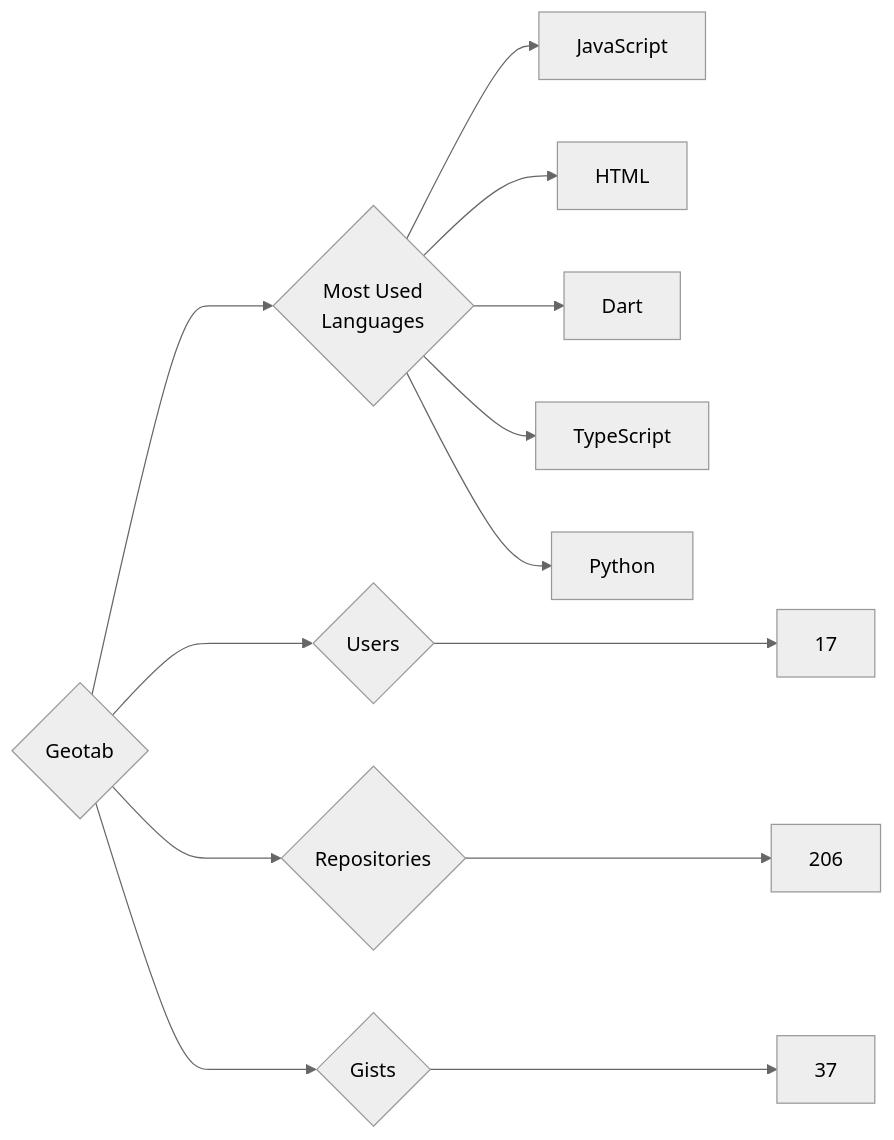
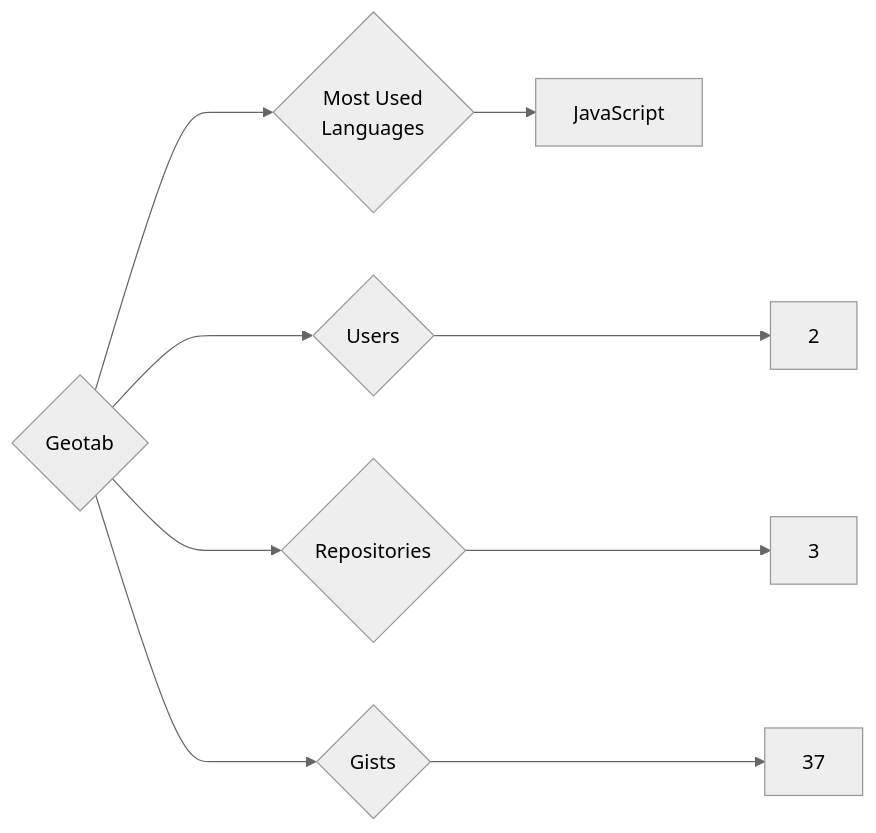
One commit to trickest/insiders changed the diagram in targets/Geotab/README.md. Above: the diagram before and after it, drawn with Mermaid (neutral theme). The commit also changed 569 other files, not shown here.

````diff
--- a/targets/Geotab/README.md
+++ b/targets/Geotab/README.md
@@ -3,13 +3,9 @@
 ```mermaid
 graph LR
 COMPANY_NAME{Geotab}
-COMPANY_NAME ---> U{Users} ---> UN[17]
-COMPANY_NAME ---> R{Repositories} ---> RN[206]
+COMPANY_NAME ---> U{Users} ---> UN[2]
+COMPANY_NAME ---> R{Repositories} ---> RN[3]
 COMPANY_NAME ---> G{Gists} ---> GN[37]
 COMPANY_NAME ---> ML{Most Used<br>Languages}
 ML --> JavaScript[JavaScript]
-ML --> HTML[HTML]
-ML --> Dart[Dart]
-ML --> TypeScript[TypeScript]
-ML --> Python[Python]
 ```
````
